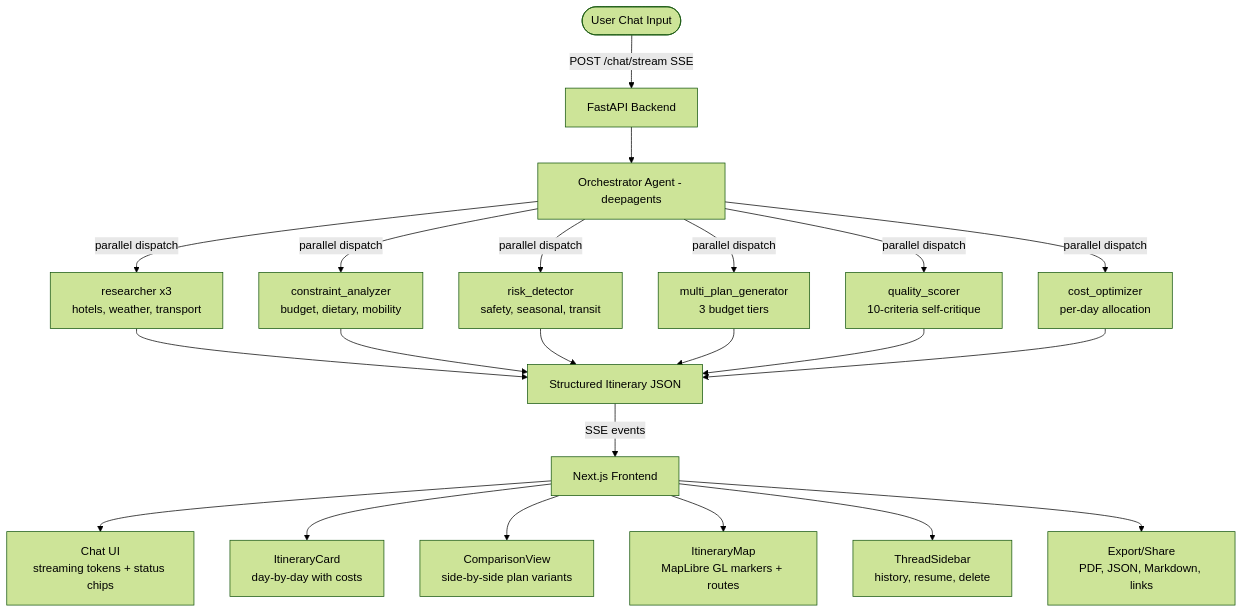
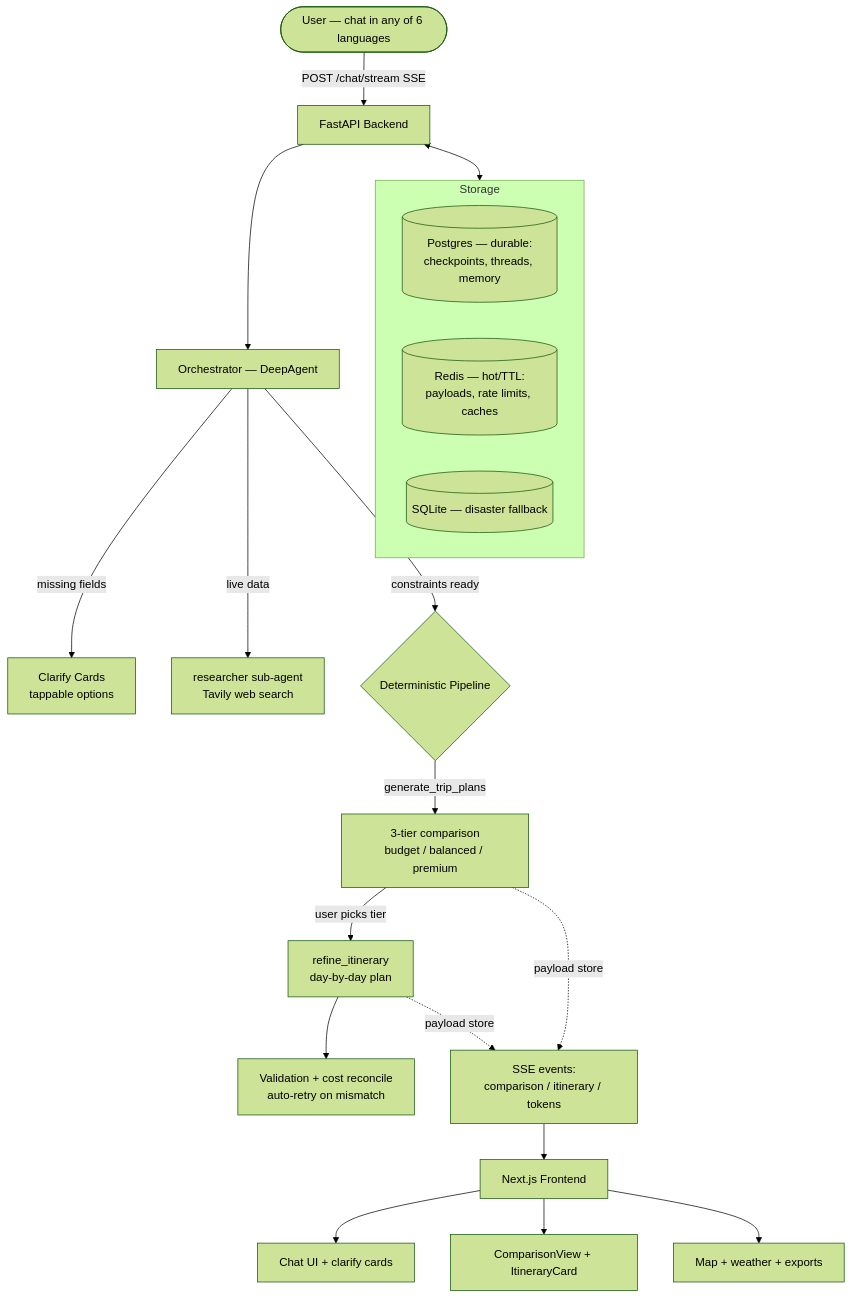
The diagram in README.md (tanishra/VoyagerAI), drawn with Mermaid (forest theme) before and after one commit. The commit also changed other lines of this file and 1 other file, not shown here.

Commit message:
Rewrite README for hybrid pipeline architecture; document DATABASE_URL

````diff
--- a/README.md
+++ b/README.md
@@ -131,27 +134,27 @@
 ```mermaid
 graph TD
-    User([User Chat Input]) -->|POST /chat/stream SSE| API[FastAPI Backend]
-    API --> Orchestrator[Orchestrator Agent - deepagents]
+    User([User — chat in any of 6 languages]) -->|POST /chat/stream SSE| API[FastAPI Backend]
+    API --> Orch[Orchestrator — DeepAgent]
 
-    Orchestrator -->|parallel dispatch| R1[researcher x3<br/>hotels, weather, transport]
-    Orchestrator -->|parallel dispatch| R2[constraint_analyzer<br/>budget, dietary, mobility]
-    Orchestrator -->|parallel dispatch| R3[risk_detector<br/>safety, seasonal, transit]
-    Orchestrator -->|parallel dispatch| R4[multi_plan_generator<br/>3 budget tiers]
-    Orchestrator -->|parallel dispatch| R5[quality_scorer<br/>10-criteria self-critique]
-    Orchestrator -->|parallel dispatch| R6[cost_optimizer<br/>per-day allocation]
+    Orch -->|missing fields| Clarify[Clarify Cards<br/>tappable options]
+    Orch -->|live data| Researcher[researcher sub-agent<br/>Tavily web search]
+    Orch -->|constraints ready| Pipe{Deterministic Pipeline}
 
-    R1 --> Itinerary[Structured Itinerary JSON]
-    R2 --> Itinerary
-    R3 --> Itinerary
-    R4 --> Itinerary
-    R5 --> Itinerary
-    R6 --> Itinerary
+    Pipe -->|generate_trip_plans| Tiers[3-tier comparison<br/>budget / balanced / premium]
+    Tiers -->|user picks tier| Refine[refine_itinerary<br/>day-by-day plan]
+    Refine --> Validate[Validation + cost reconcile<br/>auto-retry on mismatch]
 
-    Itinerary -->|SSE events| Frontend[Next.js Frontend]
-    Frontend --> F1[Chat UI<br/>streaming tokens + status chips]
-    Frontend --> F2[ItineraryCard<br/>day-by-day with costs]
-    Frontend --> F3[ComparisonView<br/>side-by-side plan variants]
-    Frontend --> F4[ItineraryMap<br/>MapLibre GL markers + routes]
-    Frontend --> F5[ThreadSidebar<br/>history, resume, delete]
-    Frontend --> F6[Export/Share<br/>PDF, JSON, Markdown, links]
+    Tiers -.->|payload store| SSE
+    Refine -.->|payload store| SSE
+    SSE[SSE events:<br/>comparison / itinerary / tokens] --> Frontend[Next.js Frontend]
+    Frontend --> F1[Chat UI + clarify cards]
+    Frontend --> F2[ComparisonView + ItineraryCard]
+    Frontend --> F3[Map + weather + exports]
+
+    subgraph Storage
+        PG[(Postgres — durable:<br/>checkpoints, threads, memory)]
+        RD[(Redis — hot/TTL:<br/>payloads, rate limits, caches)]
+        SQ[(SQLite — disaster fallback)]
+    end
+    API <--> Storage
 ```
````
